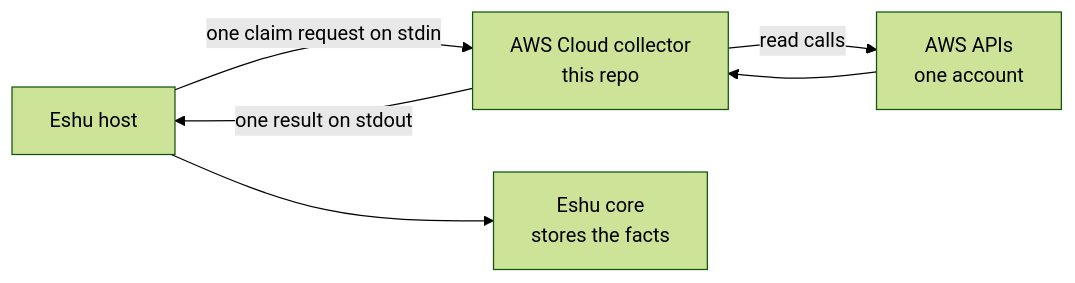
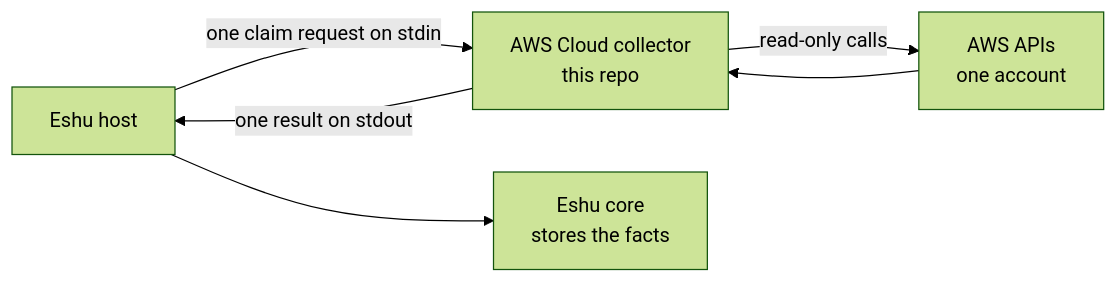
Before and after one commit to eshu-hq/eshu-collector-aws-cloud: the diagram in README.md, drawn with Mermaid (forest theme). The commit also changed other lines of this file and 17 other files, not shown here.

````diff
--- a/README.md
+++ b/README.md
@@ -16,8 +15,8 @@
 ```mermaid
 flowchart LR
   H[Eshu host] -->|one claim request on stdin| C[AWS Cloud collector<br/>this repo]
-  C -->|read calls| A[AWS APIs<br/>one account]
+  C -->|read-only calls| A[AWS APIs<br/>one account]
   A --> C
   C -->|one result on stdout| H
   H --> E[Eshu core<br/>stores the facts]
 ```
````
